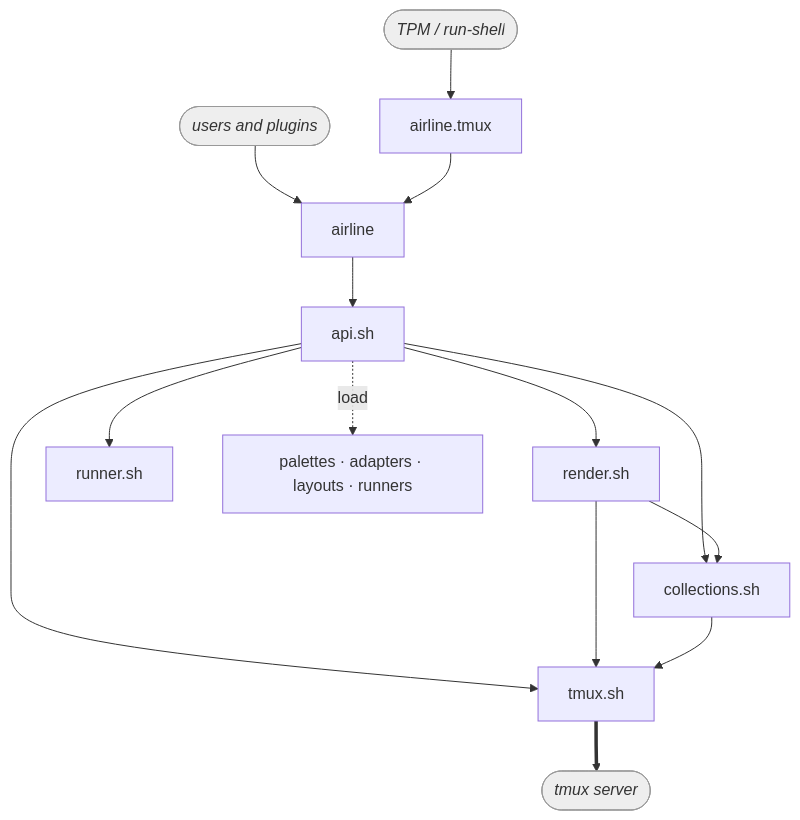
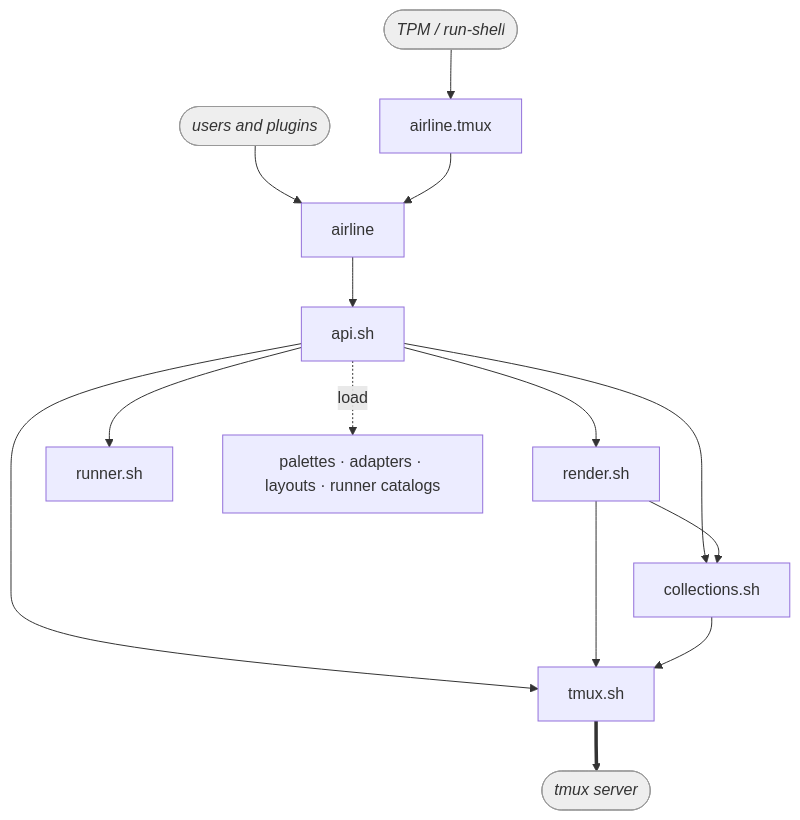
Before and after one commit to andrewjstryker/tmux-airline: the first of 2 diagrams in DESIGN.md, drawn with Mermaid. The commit also changed other lines of this file and 13 other files, not shown here.

````diff
--- a/DESIGN.md
+++ b/DESIGN.md
@@ -50,18 +53,18 @@
 ```mermaid
 graph TD
     TPM([TPM / run-shell]):::ext --> ENTRY[airline.tmux]
     EXT([users and plugins]):::ext --> CLI[airline]
     ENTRY --> CLI
     CLI --> API[api.sh]
     API --> LOGIC[render.sh]
     API --> RUNNER[runner.sh]
     API --> COLL[collections.sh]
     LOGIC --> COLL
     API --> MECH[tmux.sh]
     LOGIC --> MECH
     COLL --> MECH
-    API -. load .-> FILES[palettes · adapters · layouts · runners]
+    API -. load .-> FILES[palettes · adapters · layouts · runner catalogs]
     MECH ==> TMUX([tmux server]):::ext
 
     classDef ext fill:#eee,stroke:#999,color:#333,font-style:italic;
 ```
````
